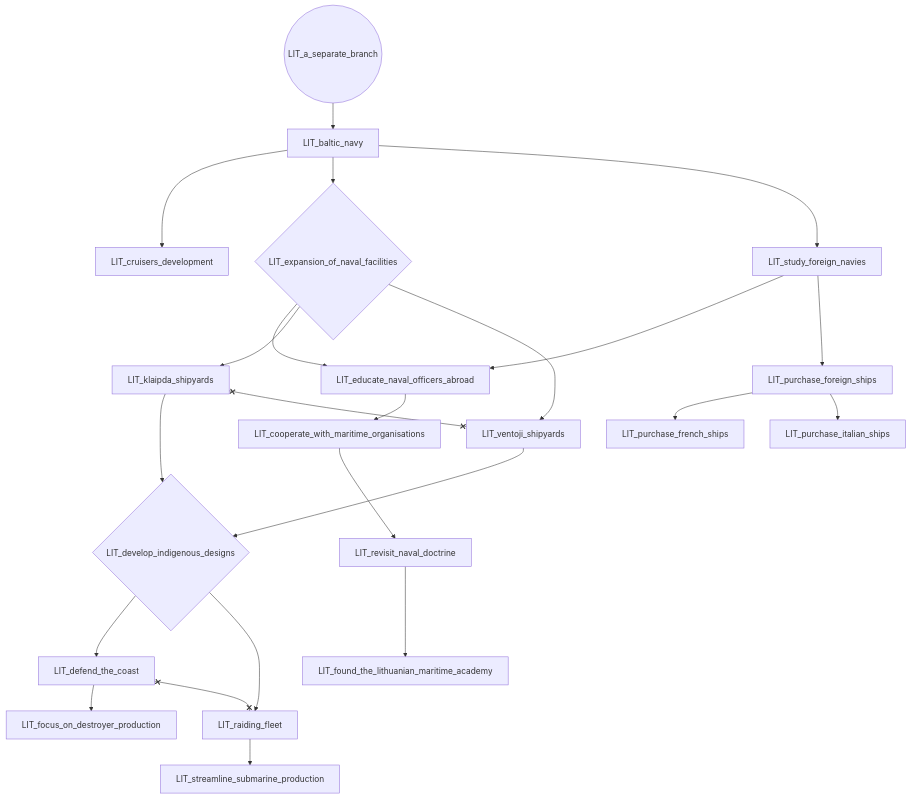
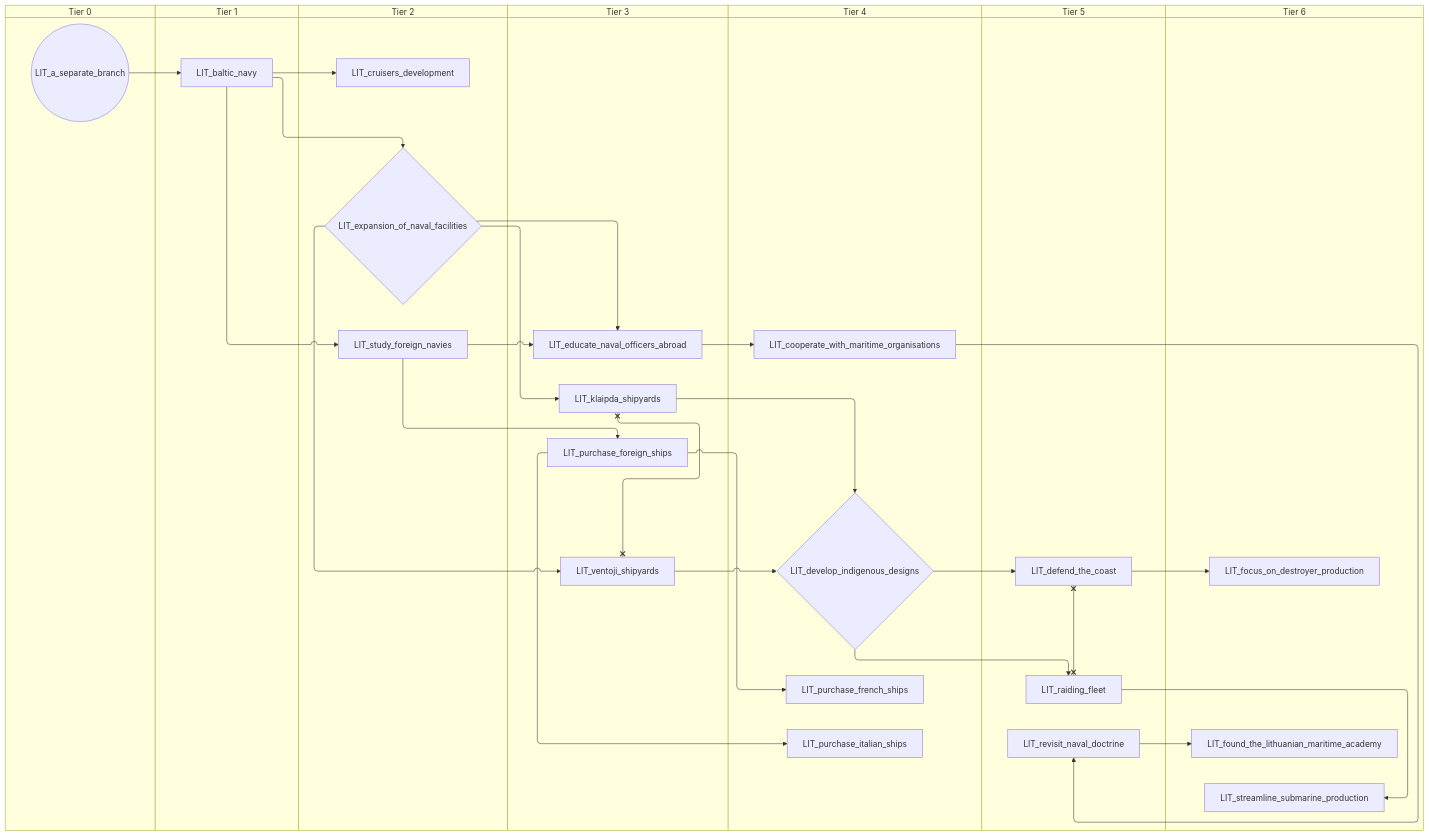
The second of 5 diagrams in docs/gdd/National Focuses/r56/r56_lithuania.md (evgeny-sobol/hoi4-sandbox-mode-r56), drawn with Mermaid before and after one commit. The commit also changed other lines of this file and 423 other files, not shown here.

First line of the commit message:
Re-export Rt56 focus trees as swimlane diagrams

````diff
--- a/docs/gdd/National Focuses/r56/r56_lithuania.md
+++ b/docs/gdd/National Focuses/r56/r56_lithuania.md
@@ -66,44 +78,58 @@
 ```mermaid
-flowchart TD
-    n22(("LIT_a_separate_branch"))
-    n23["LIT_baltic_navy"]
-    n24["LIT_cooperate_with_maritime_organisations"]
-    n25["LIT_cruisers_development"]
-    n26["LIT_defend_the_coast"]
-    n27{"LIT_develop_indigenous_designs"}
-    n28["LIT_educate_naval_officers_abroad"]
-    n29{"LIT_expansion_of_naval_facilities"}
-    n30["LIT_focus_on_destroyer_production"]
-    n31["LIT_found_the_lithuanian_maritime_academy"]
-    n32["LIT_klaipda_shipyards"]
-    n33["LIT_purchase_foreign_ships"]
-    n34["LIT_purchase_french_ships"]
-    n35["LIT_purchase_italian_ships"]
-    n36["LIT_raiding_fleet"]
-    n37["LIT_revisit_naval_doctrine"]
-    n38["LIT_streamline_submarine_production"]
-    n39["LIT_study_foreign_navies"]
-    n40["LIT_ventoji_shipyards"]
+swimlane-beta TD
+    subgraph tier_0["Tier 0"]
+        n22(("LIT_a_separate_branch"))
+    end
+    subgraph tier_1["Tier 1"]
+        n23["LIT_baltic_navy"]
+    end
+    subgraph tier_2["Tier 2"]
+        n24["LIT_cruisers_development"]
+        n25{"LIT_expansion_of_naval_facilities"}
+        n26["LIT_study_foreign_navies"]
+    end
+    subgraph tier_3["Tier 3"]
+        n27["LIT_educate_naval_officers_abroad"]
+        n28["LIT_klaipda_shipyards"]
+        n29["LIT_purchase_foreign_ships"]
+        n30["LIT_ventoji_shipyards"]
+    end
+    subgraph tier_4["Tier 4"]
+        n31["LIT_cooperate_with_maritime_organisations"]
+        n32{"LIT_develop_indigenous_designs"}
+        n33["LIT_purchase_french_ships"]
+        n34["LIT_purchase_italian_ships"]
+    end
+    subgraph tier_5["Tier 5"]
+        n35["LIT_defend_the_coast"]
+        n36["LIT_raiding_fleet"]
+        n37["LIT_revisit_naval_doctrine"]
+    end
+    subgraph tier_6["Tier 6"]
+        n38["LIT_focus_on_destroyer_production"]
+        n39["LIT_found_the_lithuanian_maritime_academy"]
+        n40["LIT_streamline_submarine_production"]
+    end
     n22 --> n23
-    n28 --> n24
+    n27 --> n31
+    n23 --> n24
+    n32 --> n35
+    n28 --> n32
+    n30 --> n32
+    n26 --> n27
+    n25 --> n27
     n23 --> n25
-    n27 --> n26
-    n32 --> n27
-    n40 --> n27
-    n39 --> n28
-    n29 --> n28
-    n23 --> n29
-    n26 --> n30
-    n37 --> n31
-    n29 --> n32
-    n39 --> n33
-    n33 --> n34
-    n33 --> n35
-    n27 --> n36
-    n24 --> n37
-    n36 --> n38
-    n23 --> n39
-    n29 --> n40
-    n26 x--x n36
-    n32 x--x n40
+    n35 --> n38
+    n37 --> n39
+    n25 --> n28
+    n26 --> n29
+    n29 --> n33
+    n29 --> n34
+    n32 --> n36
+    n31 --> n37
+    n36 --> n40
+    n23 --> n26
+    n25 --> n30
+    n35 x--x n36
+    n28 x--x n30
 ```
````
